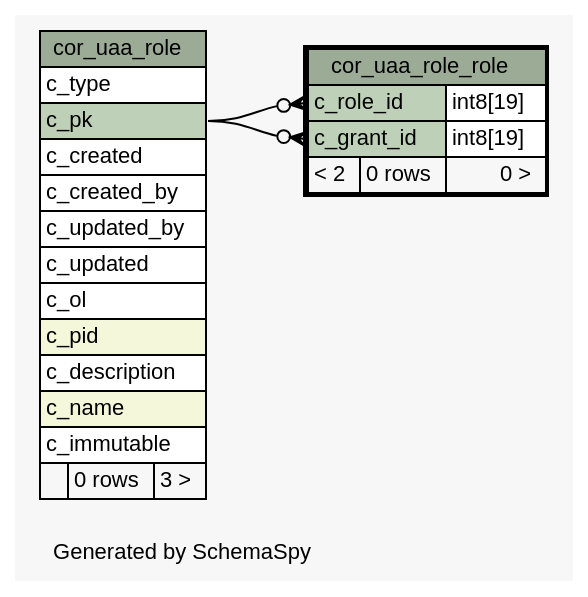
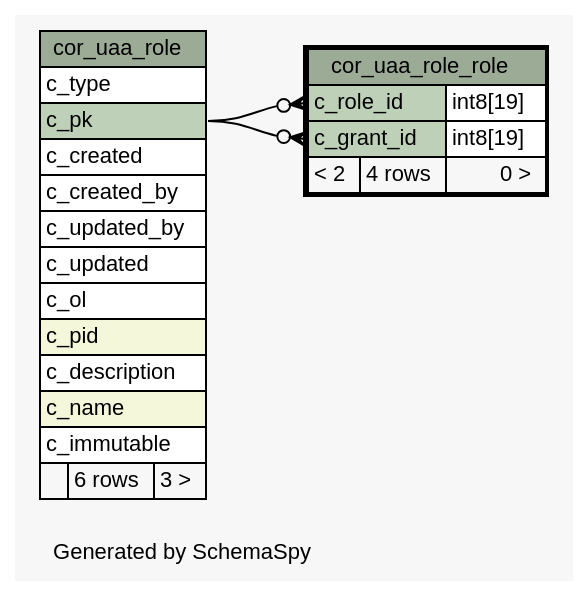
The diagram in 2.0.0-SNAPSHOT/schemaspy/diagrams/cor_uaa_role_role.1degree.dot (openwms/org.openwms.core.uaa), drawn with Graphviz before and after one commit. The commit also changed 309 other files, not shown here.

```diff
--- a/2.0.0-SNAPSHOT/schemaspy/diagrams/cor_uaa_role_role.1degree.dot
+++ b/2.0.0-SNAPSHOT/schemaspy/diagrams/cor_uaa_role_role.1degree.dot
@@ -1,55 +1,55 @@
 // dot 2.43.0 on Linux 5.15.0-1020-azure
 // SchemaSpy rev Unknown
 digraph "oneDegreeRelationshipsDiagram" {
   graph [
     rankdir="RL"
     bgcolor="#f7f7f7"
     label="\nGenerated by SchemaSpy"
     labeljust="l"
     nodesep="0.18"
     ranksep="0.46"
     fontname="Helvetica"
     fontsize="11"
   ];
   node [
     fontname="Helvetica"
     fontsize="11"
     shape="plaintext"
   ];
   edge [
     arrowsize="0.8"
   ];
   "cor_uaa_role_role":"c_grant_id":w -> "cor_uaa_role":"c_pk":e [arrowhead=none dir=back arrowtail=crowodot];
   "cor_uaa_role_role":"c_role_id":w -> "cor_uaa_role":"c_pk":e [arrowhead=none dir=back arrowtail=crowodot];
   "cor_uaa_role" [
     label=<
     <TABLE BORDER="0" CELLBORDER="1" CELLSPACING="0" BGCOLOR="#ffffff">
       <TR><TD COLSPAN="3" BGCOLOR="#9bab96" ALIGN="CENTER">cor_uaa_role</TD></TR>
       <TR><TD PORT="c_type" COLSPAN="3" ALIGN="LEFT">c_type</TD></TR>
       <TR><TD PORT="c_pk" COLSPAN="3" BGCOLOR="#bed1b8" ALIGN="LEFT">c_pk</TD></TR>
       <TR><TD PORT="c_created" COLSPAN="3" ALIGN="LEFT">c_created</TD></TR>
       <TR><TD PORT="c_created_by" COLSPAN="3" ALIGN="LEFT">c_created_by</TD></TR>
       <TR><TD PORT="c_updated_by" COLSPAN="3" ALIGN="LEFT">c_updated_by</TD></TR>
       <TR><TD PORT="c_updated" COLSPAN="3" ALIGN="LEFT">c_updated</TD></TR>
       <TR><TD PORT="c_ol" COLSPAN="3" ALIGN="LEFT">c_ol</TD></TR>
       <TR><TD PORT="c_pid" COLSPAN="3" BGCOLOR="#f4f7da" ALIGN="LEFT">c_pid</TD></TR>
       <TR><TD PORT="c_description" COLSPAN="3" ALIGN="LEFT">c_description</TD></TR>
       <TR><TD PORT="c_name" COLSPAN="3" BGCOLOR="#f4f7da" ALIGN="LEFT">c_name</TD></TR>
       <TR><TD PORT="c_immutable" COLSPAN="3" ALIGN="LEFT">c_immutable</TD></TR>
-      <TR><TD ALIGN="LEFT" BGCOLOR="#f7f7f7">  </TD><TD ALIGN="RIGHT" BGCOLOR="#f7f7f7">0 rows</TD><TD ALIGN="RIGHT" BGCOLOR="#f7f7f7">3 &gt;</TD></TR>
+      <TR><TD ALIGN="LEFT" BGCOLOR="#f7f7f7">  </TD><TD ALIGN="RIGHT" BGCOLOR="#f7f7f7">6 rows</TD><TD ALIGN="RIGHT" BGCOLOR="#f7f7f7">3 &gt;</TD></TR>
     </TABLE>>
     URL="cor_uaa_role.html"
     tooltip="cor_uaa_role"
   ];
   "cor_uaa_role_role" [
     label=<
     <TABLE BORDER="2" CELLBORDER="1" CELLSPACING="0" BGCOLOR="#ffffff">
       <TR><TD COLSPAN="3" BGCOLOR="#9bab96" ALIGN="CENTER">cor_uaa_role_role</TD></TR>
       <TR><TD PORT="c_role_id" COLSPAN="2" BGCOLOR="#bed1b8" ALIGN="LEFT">c_role_id</TD><TD PORT="c_role_id.type" ALIGN="LEFT">int8[19]</TD></TR>
       <TR><TD PORT="c_grant_id" COLSPAN="2" BGCOLOR="#bed1b8" ALIGN="LEFT">c_grant_id</TD><TD PORT="c_grant_id.type" ALIGN="LEFT">int8[19]</TD></TR>
-      <TR><TD ALIGN="LEFT" BGCOLOR="#f7f7f7">&lt; 2</TD><TD ALIGN="RIGHT" BGCOLOR="#f7f7f7">0 rows</TD><TD ALIGN="RIGHT" BGCOLOR="#f7f7f7">0 &gt;</TD></TR>
+      <TR><TD ALIGN="LEFT" BGCOLOR="#f7f7f7">&lt; 2</TD><TD ALIGN="RIGHT" BGCOLOR="#f7f7f7">4 rows</TD><TD ALIGN="RIGHT" BGCOLOR="#f7f7f7">0 &gt;</TD></TR>
     </TABLE>>
     URL="cor_uaa_role_role.html"
     tooltip="cor_uaa_role_role"
   ];
 }
```
